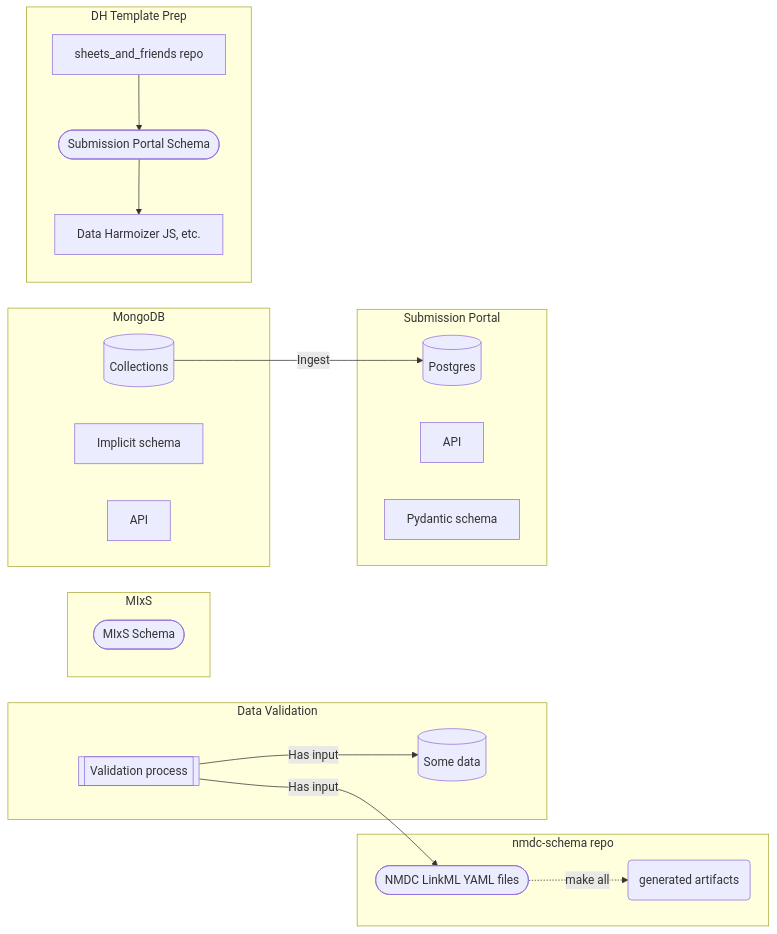
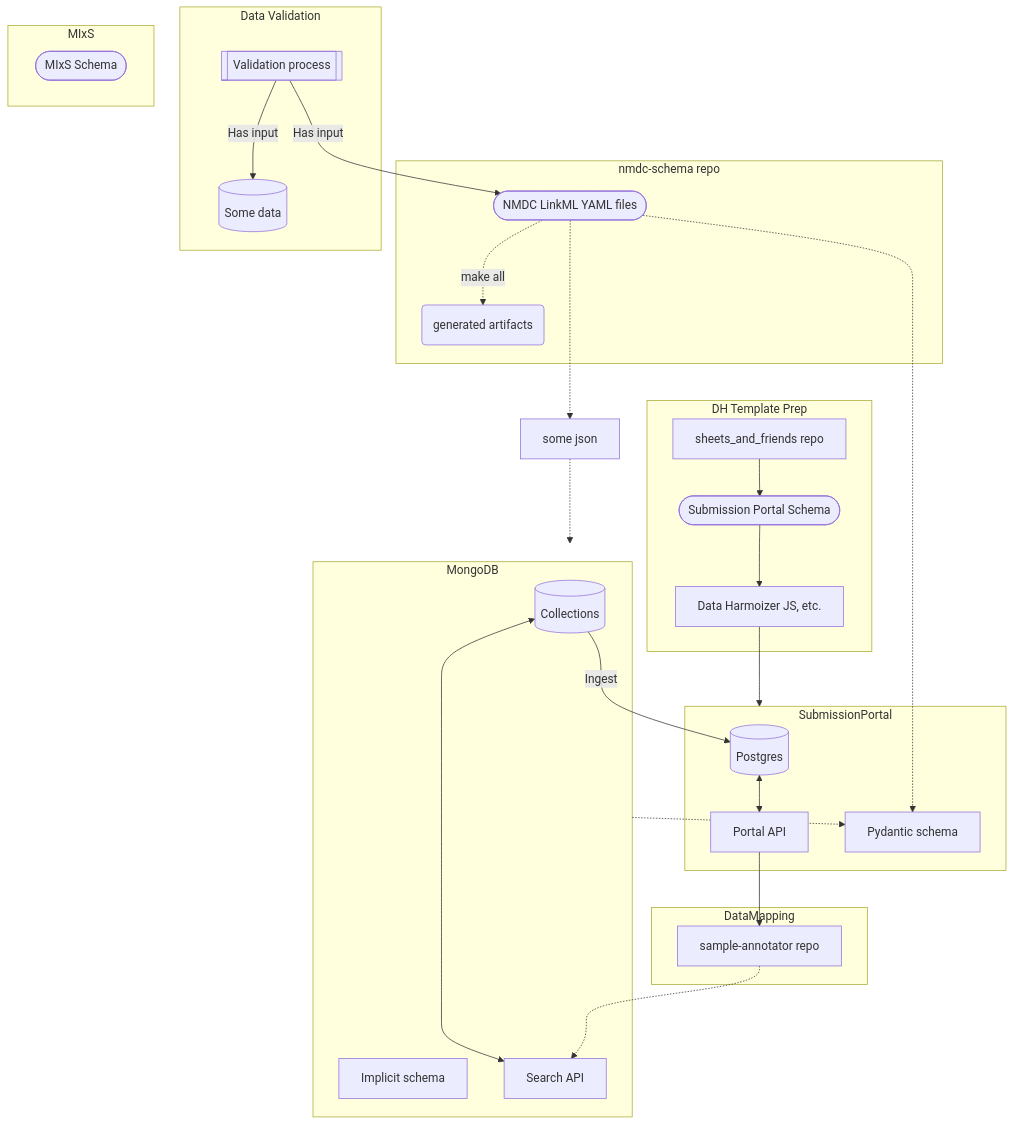
Before and after one commit to microbiomedata/nmdc-schema: the diagram in README.md, drawn with Mermaid.

````diff
--- a/README.md
+++ b/README.md
@@ -42,37 +42,47 @@
 ```mermaid
-flowchart LR
+flowchart TD
     subgraph nmdc-schema repo
     ly([NMDC LinkML YAML files])
     lg(generated artifacts)
     ly-.make all.->lg
     end
     subgraph Data Validation
     click ly href "https://github.com/microbiomedata/nmdc-schema/tree/main/src/schema" _top
     d[(Some data)]
     v[[Validation process]]
     v--Has input-->d
     v--Has input-->ly
     end
     subgraph MIxS
     m([MIxS Schema])
     end
-    subgraph Submission Portal
+    subgraph SubmissionPortal
     sppg[(Postgres)]
-    spa[API]
+    spa[Portal API]
+    sppg<-->spa
     click spa href "https://data.dev.microbiomedata.org/docs" _top
     ps[Pydantic schema]
     end
     subgraph MongoDB
     mc[(Collections)]
     ms[Implicit schema]
-    ma[API]
+    ma[Search API]
+    mc<-->ma
     click ma href "https://api.dev.microbiomedata.org/docs" _top
     end
     mc --Ingest--> sppg
     subgraph DH Template Prep
     saf[sheets_and_friends repo]
     sps([Submission Portal Schema])
     dhjs[Data Harmoizer JS, etc.]
     saf-->sps-->dhjs
     end
+    dhjs-->SubmissionPortal
+    subgraph DataMapping
+    sa[sample-annotator repo]
+    end
+    spa-->sa-..->ma
+    ly-..->ps
+    sj[some json]
+    ly-..->sj-..->MongoDB-..->ps
 ```
````
